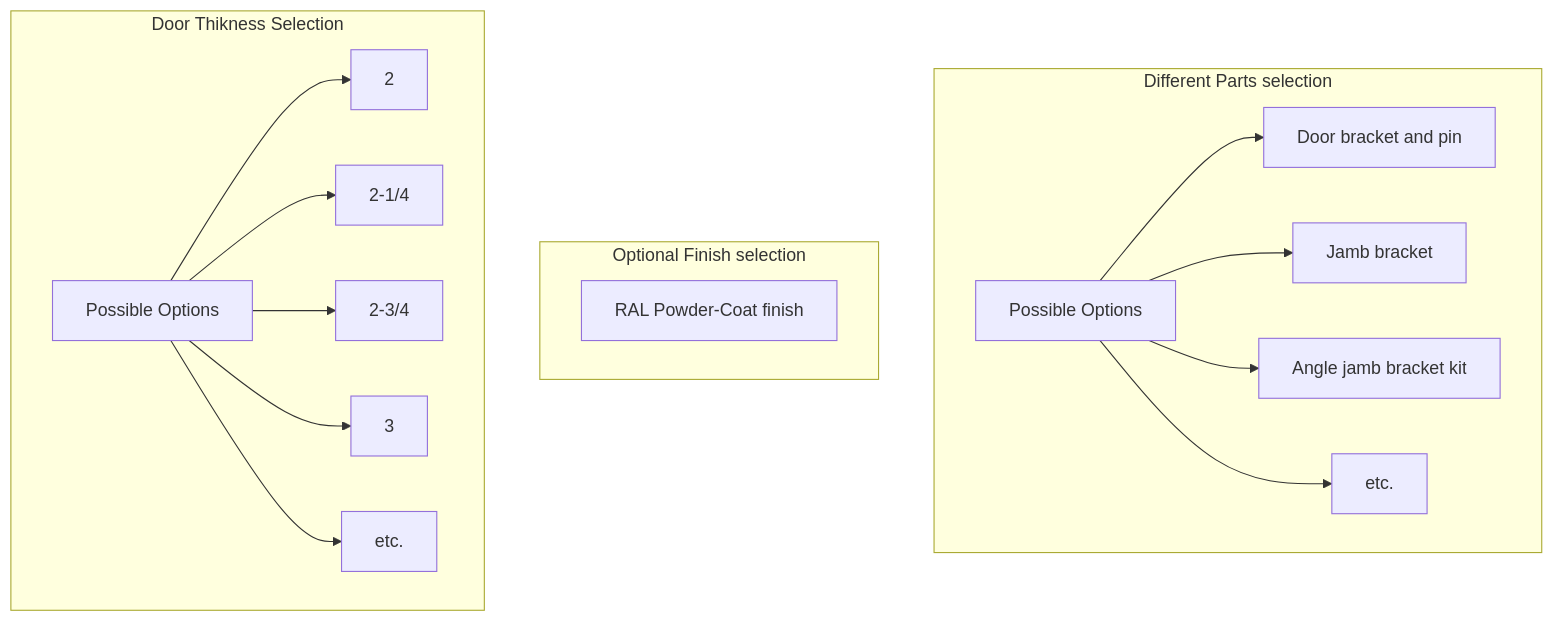
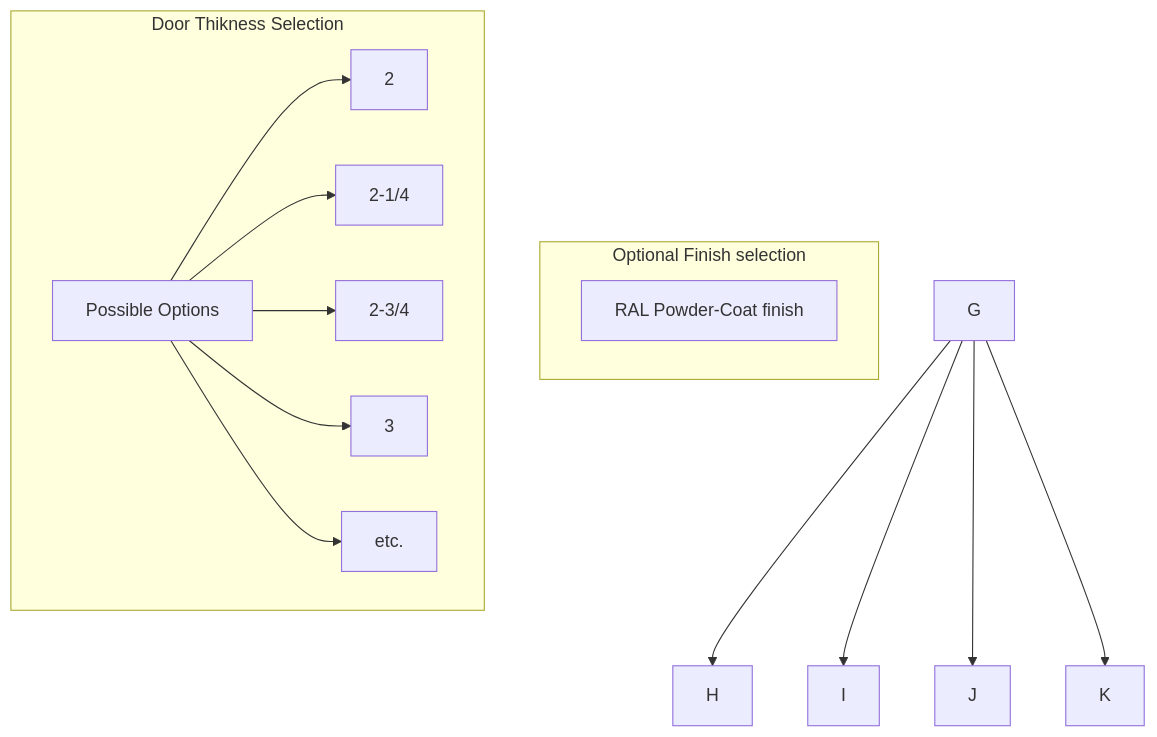
One commit to alokdas81/diamond-pricebook-diagram changed the sixth of 41 diagrams in README.md. Above: the diagram before and after it, drawn with Mermaid. The commit also changed other lines of this file and 3 other files, not shown here.

````diff
--- a/README.md
+++ b/README.md
@@ -159,35 +173,27 @@
 ```mermaid
 graph TB
-
-subgraph Different Parts selection
-G[Possible Options]
-H[Door bracket and pin]
-I[Jamb bracket]
-J[Angle jamb bracket kit]
-K[etc.]
-end
 
 subgraph Optional Finish selection
 F[RAL Powder-Coat finish]
 end
 
 subgraph Door Thikness Selection
 A[Possible Options]
 B[2]
 C[2-1/4]
 D[2-3/4]
 E[3]
 L[etc.]
 end
 
 A --> B
 A --> C
 A --> D
 A --> E
 A --> L
 
 G --> H
 G --> I
 G --> J
 G --> K
 ```
````
